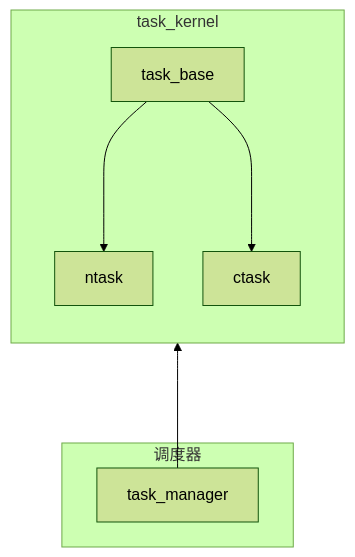
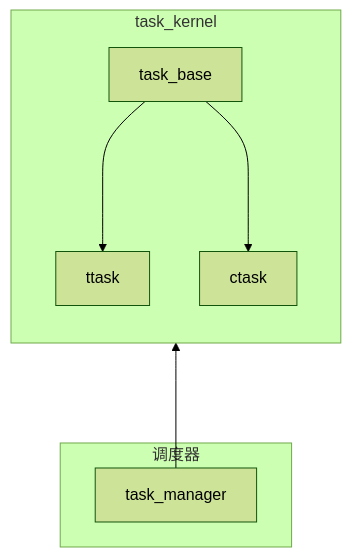
The second of 2 diagrams in README.md (x-eks-fusion/xf_task), drawn with Mermaid (forest theme) before and after one commit. The commit also changed other lines of this file and 50 other files, not shown here.

````diff
--- a/README.md
+++ b/README.md
@@ -115,17 +115,17 @@
 ```mermaid
 graph BT
     A["task_base"]
-    B["ntask"]
+    B["ttask"]
     C["ctask"]
     D["task_manager"]
     D ---> A
     subgraph box["调度器"]
         D
     end
     subgraph Box["task_kernel"]
         direction TB
         A ---> B
         A ---> C
     end
 
 ```
````
